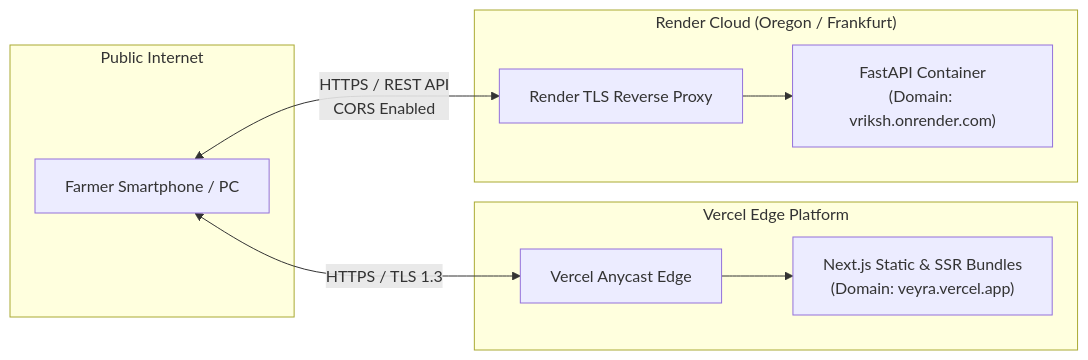
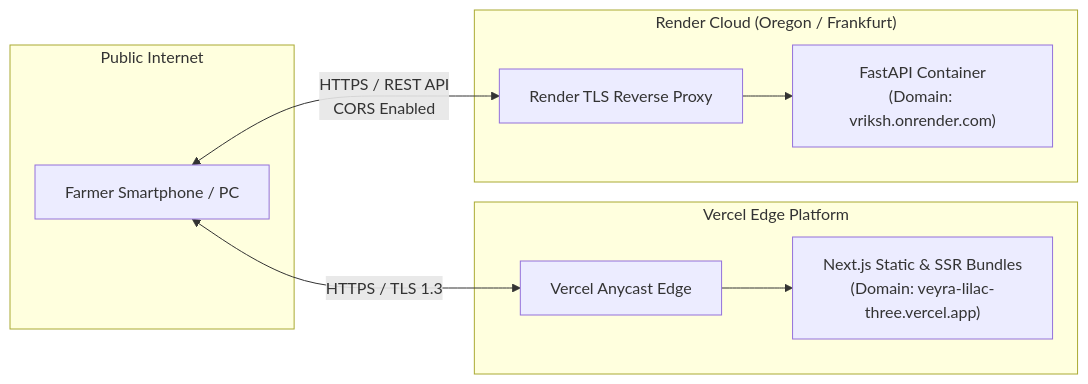
One commit to Aayush1803/Leafora changed the fourth of 4 diagrams in docs/ARCHITECTURE.md. Above: the diagram before and after it, drawn with Mermaid. The commit also changed other lines of this file and 12 other files, not shown here.

````diff
--- a/docs/ARCHITECTURE.md
+++ b/docs/ARCHITECTURE.md
@@ -216,21 +216,21 @@
 ```mermaid
 flowchart LR
     subgraph Internet ["Public Internet"]
         UserDevice["Farmer Smartphone / PC"]
     end
 
     subgraph VercelEdge ["Vercel Edge Platform"]
         VercelCDN["Vercel Anycast Edge"]
-        VercelFrontend["Next.js Static & SSR Bundles<br/>(Domain: veyra.vercel.app)"]
+        VercelFrontend["Next.js Static & SSR Bundles<br/>(Domain: veyra-lilac-three.vercel.app)"]
     end
 
     subgraph RenderPlatform ["Render Cloud (Oregon / Frankfurt)"]
         RenderLB["Render TLS Reverse Proxy"]
         DockerHost["FastAPI Container<br/>(Domain: vriksh.onrender.com)"]
     end
 
     UserDevice <--> |HTTPS / TLS 1.3| VercelCDN
     VercelCDN --> VercelFrontend
     UserDevice <--> |HTTPS / REST API<br/>CORS Enabled| RenderLB
     RenderLB --> DockerHost
 ```
````
